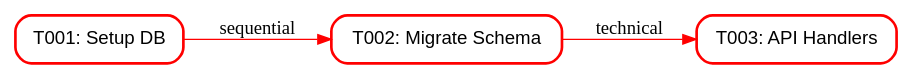
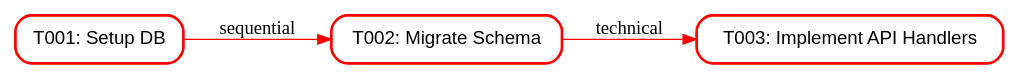
Before and after one commit to flyingrobots/TASKS: the diagram in planner/plans/dag.dot, drawn with Graphviz. The commit also changed 16 other files, not shown here.

```diff
--- a/planner/plans/dag.dot
+++ b/planner/plans/dag.dot
@@ -1,12 +1,12 @@
 digraph G {
   rankdir=LR;
   splines=true;
   node [shape=box, style="rounded,filled", fillcolor=white, fontname=Helvetica];
 
   T001 [label="T001: Setup DB", color=red, penwidth=2];
   T002 [label="T002: Migrate Schema", color=red, penwidth=2];
-  T003 [label="T003: API Handlers", color=red, penwidth=2];
+  T003 [label="T003: Implement API Handlers", color=red, penwidth=2];
 
   T001 -> T002 [color="red", label="sequential"];
   T002 -> T003 [color="red", label="technical"];
 }
```
